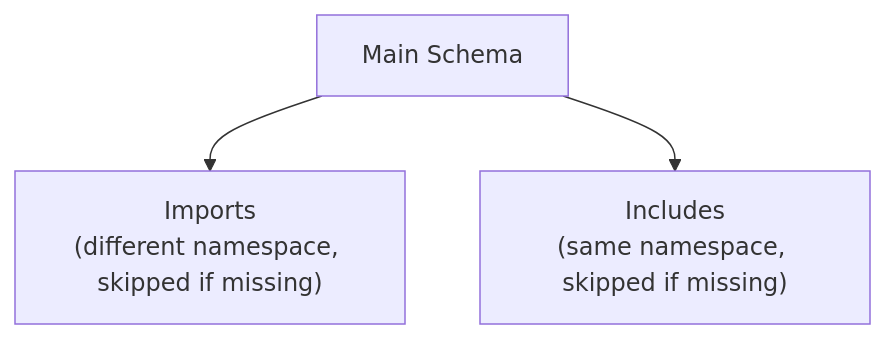
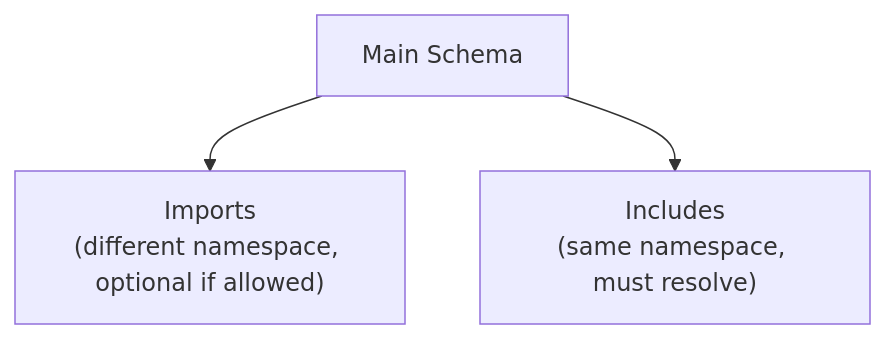
One commit to jacoelho/xsd changed the third of 5 diagrams in docs/architecture.md. Above: the diagram before and after it, drawn with Mermaid. The commit also changed other lines of this file and 285 other files, not shown here.

First line of the commit message:
refactor: runtime schema build and validation engine (#40)

````diff
--- a/docs/architecture.md
+++ b/docs/architecture.md
@@ -81,5 +86,5 @@
 ```mermaid
 flowchart TD
-  Main["Main Schema"] --> Imports["Imports<br/>(different namespace, skipped if missing)"]
-  Main --> Includes["Includes<br/>(same namespace, skipped if missing)"]
+  Main["Main Schema"] --> Imports["Imports<br/>(different namespace, optional if allowed)"]
+  Main --> Includes["Includes<br/>(same namespace, must resolve)"]
 ```
````
